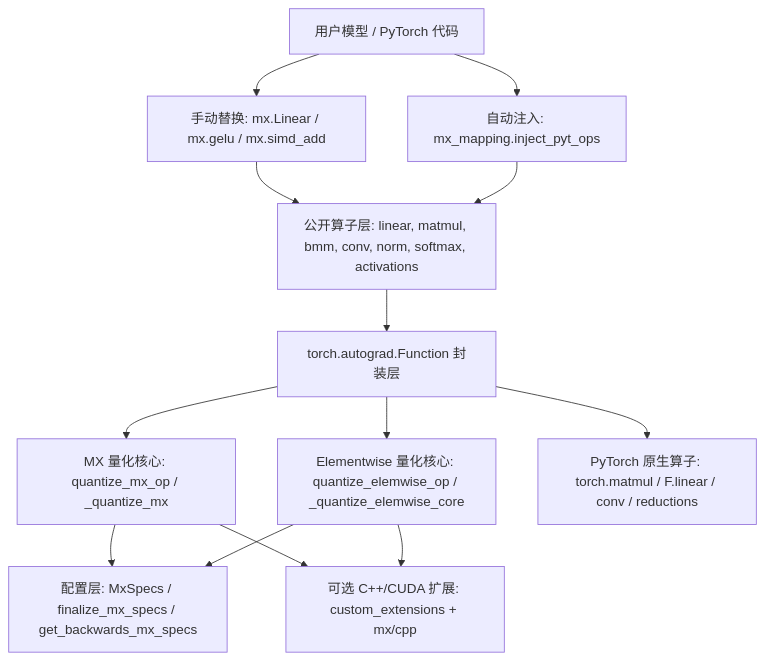
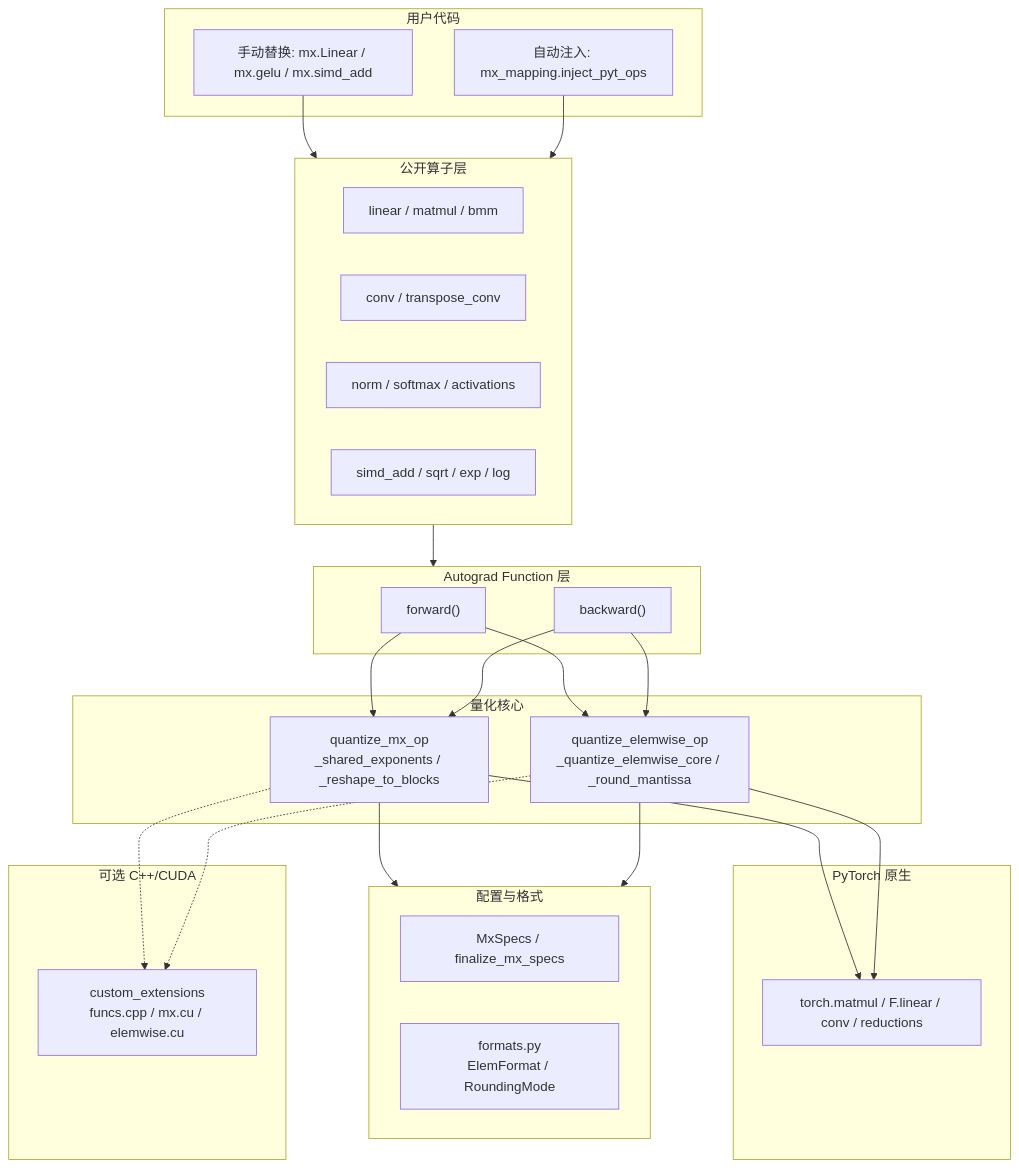
Before and after one commit to bruce1408/microxcaling: the diagram in ARCHITECTURE.md, drawn with Mermaid. The commit also changed other lines of this file, not shown here.

First line of the commit message:
Update ARCHITECTURE.md for improved project documentation

````diff
--- a/ARCHITECTURE.md
+++ b/ARCHITECTURE.md
@@ -42,26 +60,51 @@
 ```mermaid
 flowchart TD
-    User["用户模型 / PyTorch 代码"]
-    Manual["手动替换: mx.Linear / mx.gelu / mx.simd_add"]
-    Inject["自动注入: mx_mapping.inject_pyt_ops"]
-    Public["公开算子层: linear, matmul, bmm, conv, norm, softmax, activations"]
-    Autograd["torch.autograd.Function 封装层"]
-    MXQuant["MX 量化核心: quantize_mx_op / _quantize_mx"]
-    ElemQuant["Elementwise 量化核心: quantize_elemwise_op / _quantize_elemwise_core"]
-    Specs["配置层: MxSpecs / finalize_mx_specs / get_backwards_mx_specs"]
-    CUDA["可选 C++/CUDA 扩展: custom_extensions + mx/cpp"]
-    Torch["PyTorch 原生算子: torch.matmul / F.linear / conv / reductions"]
+    subgraph User["用户代码"]
+        Manual["手动替换: mx.Linear / mx.gelu / mx.simd_add"]
+        Inject["自动注入: mx_mapping.inject_pyt_ops"]
+    end
 
-    User --> Manual
-    User --> Inject
+    subgraph Public["公开算子层"]
+        Lin["linear / matmul / bmm"]
+        Conv["conv / transpose_conv"]
+        Norm["norm / softmax / activations"]
+        Simd["simd_add / sqrt / exp / log"]
+    end
+
+    subgraph Autograd["Autograd Function 层"]
+        AG_FWD["forward()"]
+        AG_BWD["backward()"]
+    end
+
+    subgraph Quant["量化核心"]
+        MX["quantize_mx_op<br/>_shared_exponents / _reshape_to_blocks"]
+        Elem["quantize_elemwise_op<br/>_quantize_elemwise_core / _round_mantissa"]
+    end
+
+    subgraph Config["配置与格式"]
+        Specs["MxSpecs / finalize_mx_specs"]
+        Fmt["formats.py<br/>ElemFormat / RoundingMode"]
+    end
+
+    subgraph Native["PyTorch 原生"]
+        Torch["torch.matmul / F.linear / conv / reductions"]
+    end
+
+    subgraph Ext["可选 C++/CUDA"]
+        CppExt["custom_extensions<br/>funcs.cpp / mx.cu / elemwise.cu"]
+    end
+
     Manual --> Public
     Inject --> Public
     Public --> Autograd
-    Autograd --> MXQuant
-    Autograd --> ElemQuant
-    Autograd --> Torch
-    MXQuant --> Specs
-    ElemQuant --> Specs
-    MXQuant --> CUDA
-    ElemQuant --> CUDA
+    AG_FWD --> MX
+    AG_FWD --> Elem
+    AG_BWD --> MX
+    AG_BWD --> Elem
+    MX --> Config
+    Elem --> Config
+    MX --> Torch
+    Elem --> Torch
+    MX -.-> CppExt
+    Elem -.-> CppExt
 ```
````
